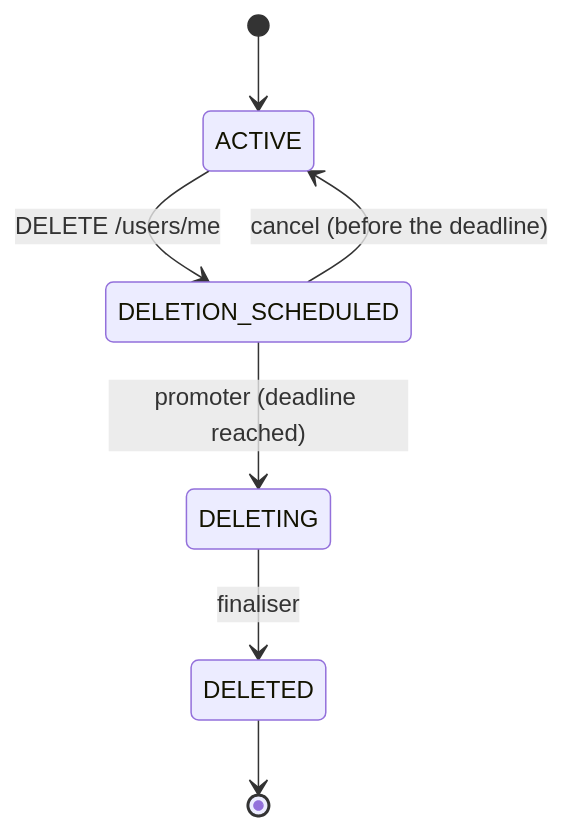
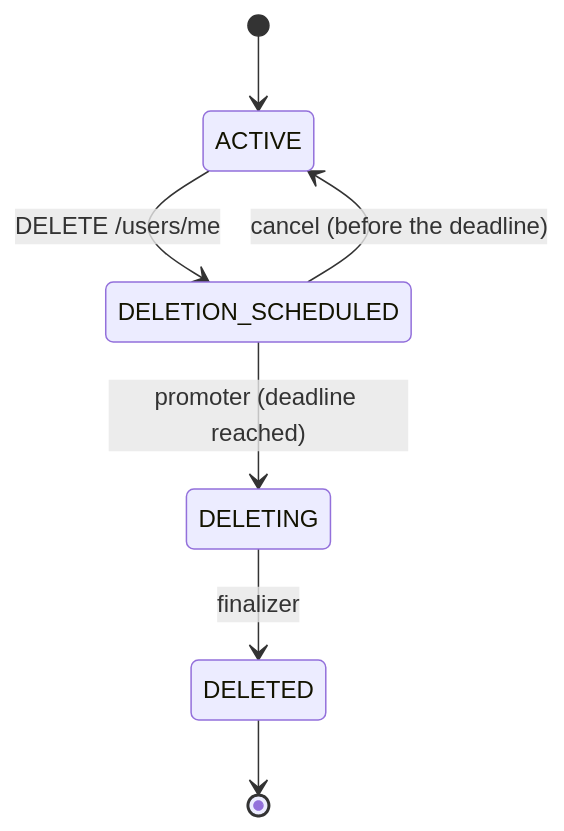
One commit to Cagritasoz/home-energy-tracker changed the first of 2 diagrams in docs/design/03-account-deletion-saga.md. Above: the diagram before and after it, drawn with Mermaid. The commit also changed other lines of this file and 9 other files, not shown here.

````diff
--- a/docs/design/03-account-deletion-saga.md
+++ b/docs/design/03-account-deletion-saga.md
@@ -42,9 +42,9 @@
 ```mermaid
 stateDiagram-v2
     [*] --> ACTIVE
     ACTIVE --> DELETION_SCHEDULED: DELETE /users/me
     DELETION_SCHEDULED --> ACTIVE: cancel (before the deadline)
     DELETION_SCHEDULED --> DELETING: promoter (deadline reached)
-    DELETING --> DELETED: finaliser
+    DELETING --> DELETED: finalizer
     DELETED --> [*]
 ```
````
